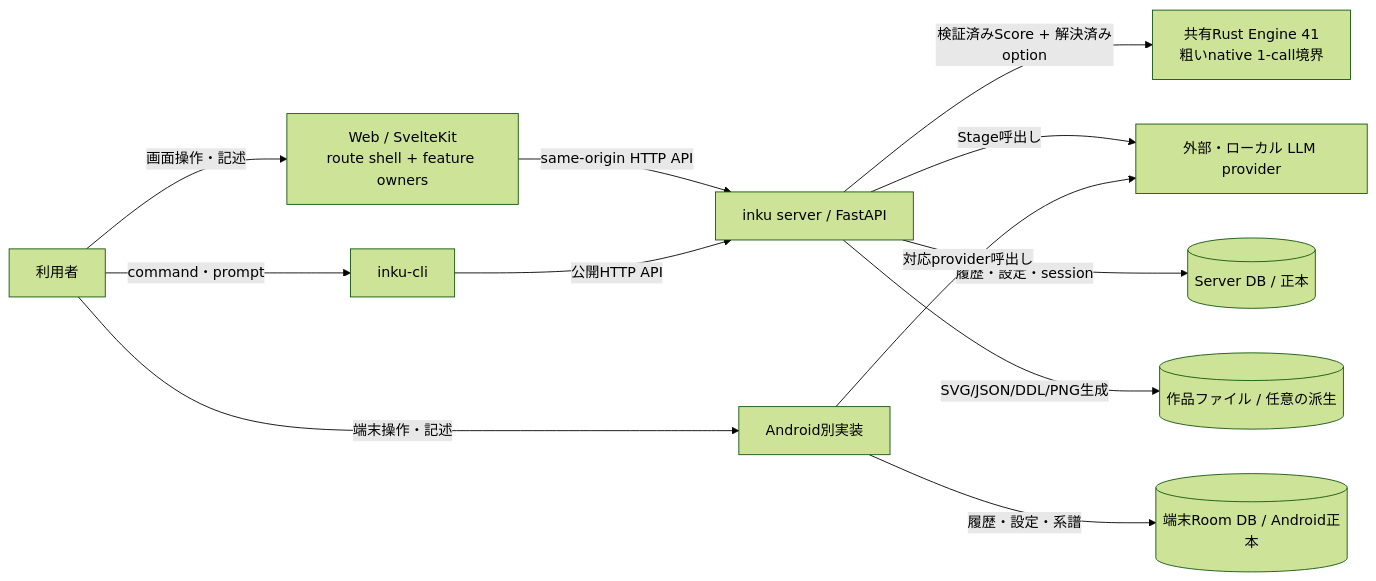
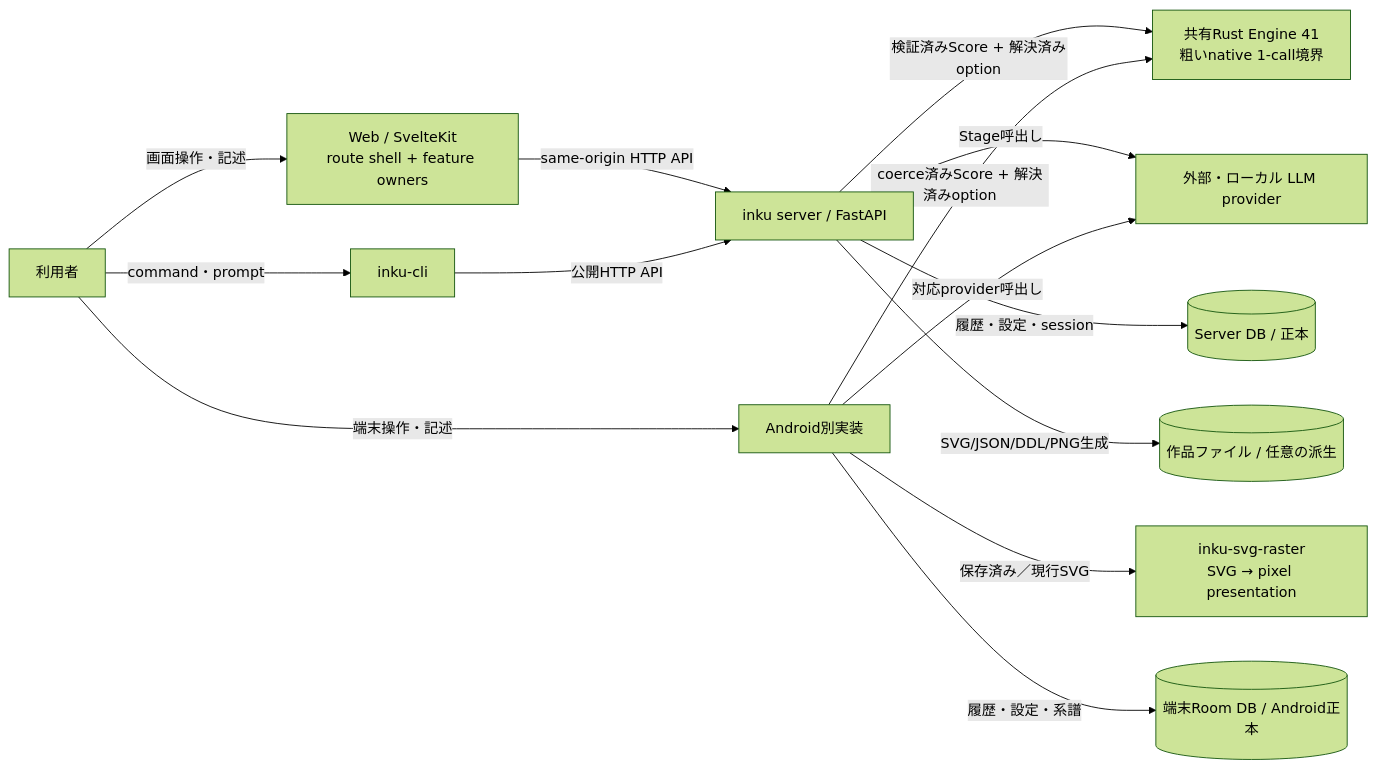
The diagram in docs/architecture/system-context.ja.md (oikawas/inku-lang), drawn with Mermaid (forest theme) before and after one commit. The commit also changed other lines of this file and 1237 other files, not shown here.

````diff
--- a/docs/architecture/system-context.ja.md
+++ b/docs/architecture/system-context.ja.md
@@ -5,25 +5,28 @@
 ```mermaid
 flowchart LR
     SYS_USER["利用者"]
     SYS_WEB["Web / SvelteKit\nroute shell + feature owners"]
     SYS_CLI["inku-cli"]
     SYS_ANDROID["Android別実装"]
     SYS_API["inku server / FastAPI"]
     SYS_CORE["共有Rust Engine 41\n粗いnative 1-call境界"]
+    SYS_RASTER["inku-svg-raster\nSVG → pixel presentation"]
     SYS_LLM["外部・ローカル LLM provider"]
     SYS_DB[("Server DB / 正本")]
     SYS_FILES[("作品ファイル / 任意の派生")]
     ANDROID_DB[("端末Room DB / Android正本")]
 
     SYS_USER -->|"画面操作・記述"| SYS_WEB
     SYS_USER -->|"command・prompt"| SYS_CLI
     SYS_USER -->|"端末操作・記述"| SYS_ANDROID
     SYS_WEB -->|"same-origin HTTP API"| SYS_API
     SYS_CLI -->|"公開HTTP API"| SYS_API
     SYS_API -->|"検証済みScore + 解決済みoption"| SYS_CORE
+    SYS_ANDROID -->|"coerce済みScore + 解決済みoption"| SYS_CORE
+    SYS_ANDROID -->|"保存済み／現行SVG"| SYS_RASTER
     SYS_API -->|"Stage呼出し"| SYS_LLM
     SYS_API -->|"履歴・設定・session"| SYS_DB
     SYS_API -->|"SVG/JSON/DDL/PNG生成"| SYS_FILES
     SYS_ANDROID -->|"対応provider呼出し"| SYS_LLM
     SYS_ANDROID -->|"履歴・設定・系譜"| ANDROID_DB
 ```
````
